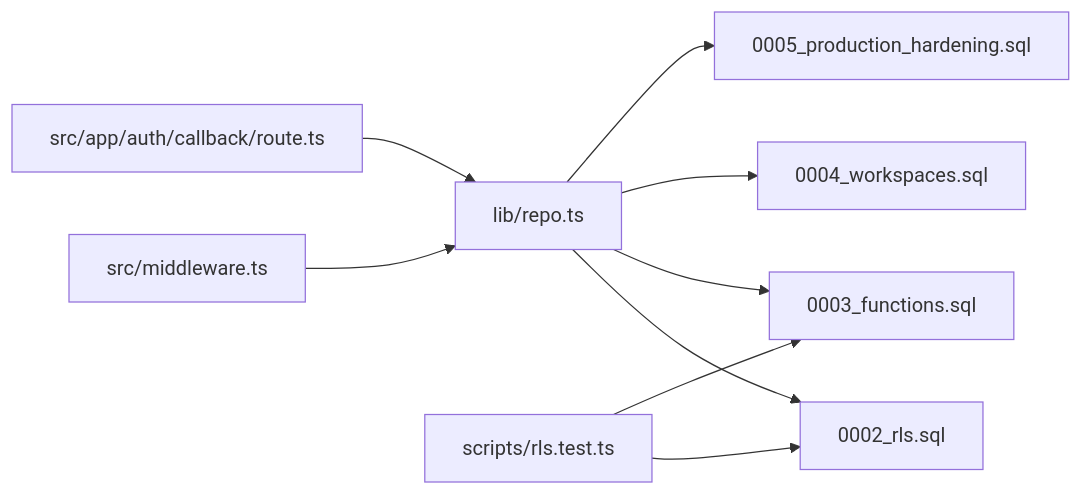
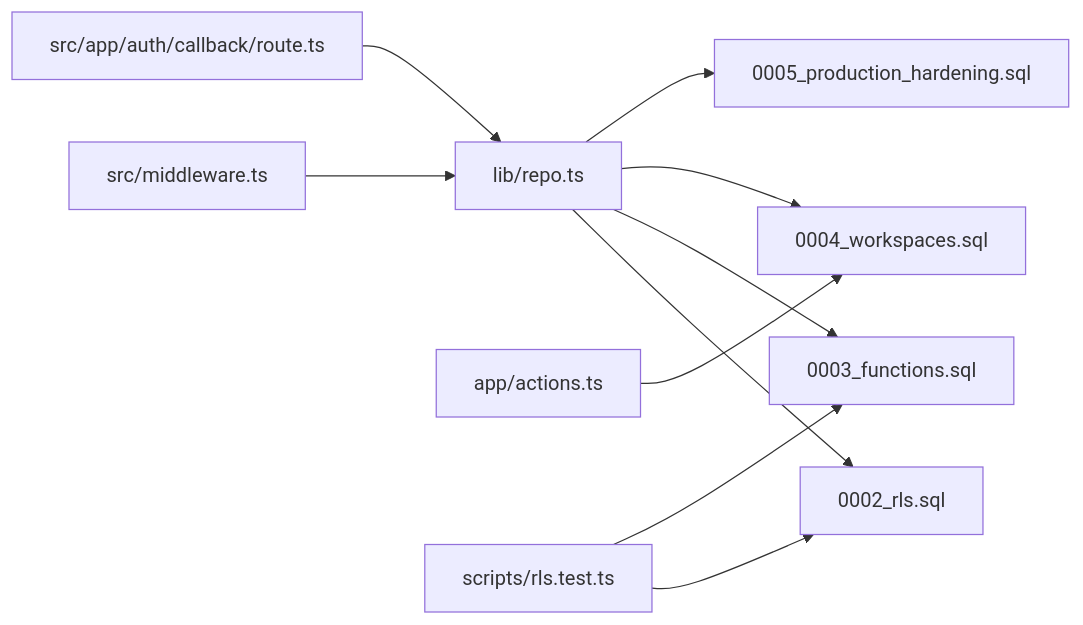
The eighth of 8 diagrams in .qoder/repowiki/en/content/Database Design/Multi-Tenancy & Row-Level Security.md (aarz24/Laris_HackathonGTNIC2026), drawn with Mermaid before and after one commit. The commit also changed other lines of this file and 58 other files, not shown here.

````diff
--- a/.qoder/repowiki/en/content/Database Design/Multi-Tenancy & Row-Level Security.md
+++ b/.qoder/repowiki/en/content/Database Design/Multi-Tenancy & Row-Level Security.md
@@ -391,11 +413,12 @@
 ```mermaid
 graph LR
 Repo["lib/repo.ts"] --> Policies["0002_rls.sql"]
 Repo --> Functions["0003_functions.sql"]
 Repo --> Workspaces["0004_workspaces.sql"]
 Repo --> Hardening["0005_production_hardening.sql"]
+Actions["app/actions.ts"] --> Workspaces
 Test["scripts/rls.test.ts"] --> Policies
 Test --> Functions
 Middleware["src/middleware.ts"] --> Repo
 Callback["src/app/auth/callback/route.ts"] --> Repo
 ```
````
